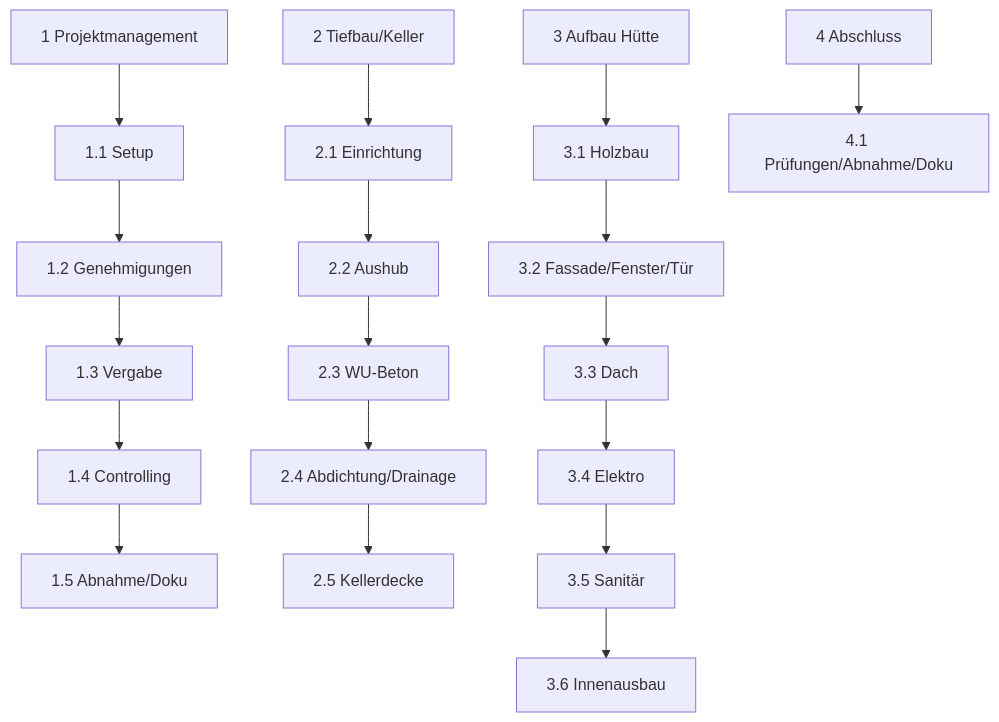
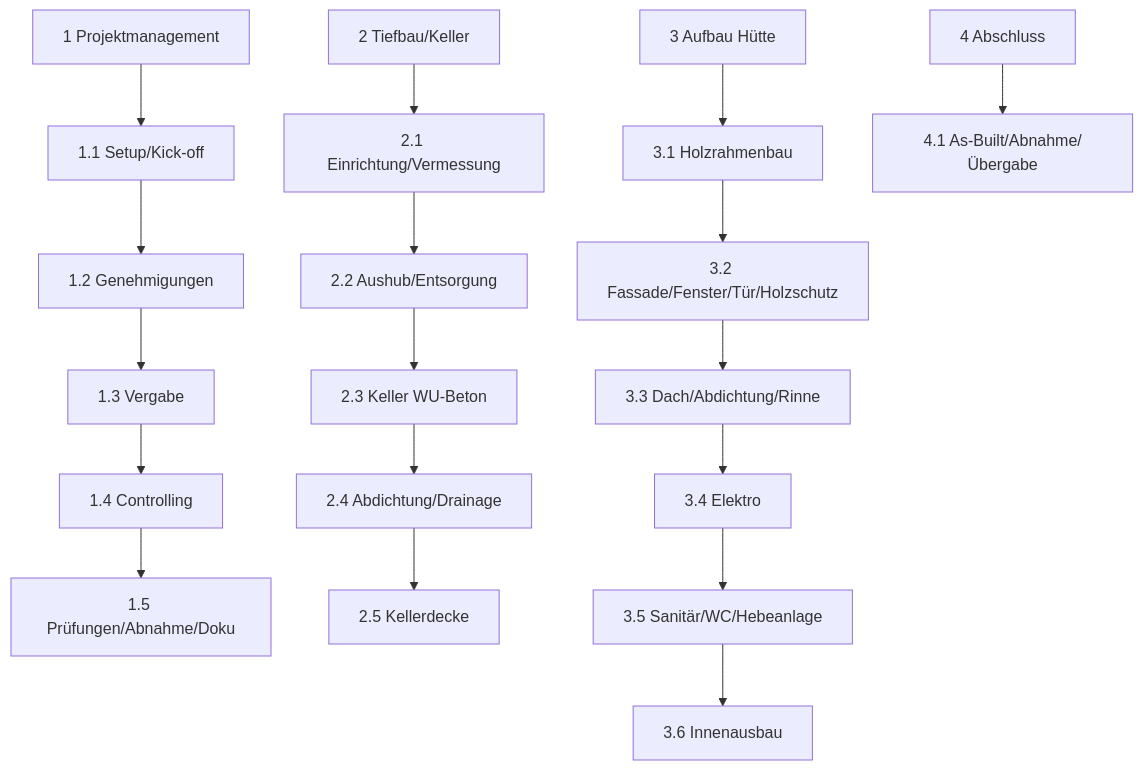
One commit to PatrickMagAnime/schulevault changed the third of 8 diagrams in Klassen 1-Matura/4.Klasse/ITP2/Projektleiterhandbuch.md. Above: the diagram before and after it, drawn with Mermaid. The commit also changed other lines of this file, not shown here.

````diff
--- a/Klassen 1-Matura/4.Klasse/ITP2/Projektleiterhandbuch.md
+++ b/Klassen 1-Matura/4.Klasse/ITP2/Projektleiterhandbuch.md
@@ -475,29 +530,32 @@
 ```mermaid
-%% WBS (vereinfacht)
 flowchart TD
   A[1 Projektmanagement]
-  A1[1.1 Setup]
+  A1[1.1 Setup/Kick-off]
   A2[1.2 Genehmigungen]
   A3[1.3 Vergabe]
   A4[1.4 Controlling]
-  A5[1.5 Abnahme/Doku]
+  A5[1.5 Prüfungen/Abnahme/Doku]
+
   B[2 Tiefbau/Keller]
-  B1[2.1 Einrichtung]
-  B2[2.2 Aushub]
-  B3[2.3 WU‑Beton]
+  B1[2.1 Einrichtung/Vermessung]
+  B2[2.2 Aushub/Entsorgung]
+  B3[2.3 Keller WU‑Beton]
   B4[2.4 Abdichtung/Drainage]
   B5[2.5 Kellerdecke]
+
   C[3 Aufbau Hütte]
-  C1[3.1 Holzbau]
-  C2[3.2 Fassade/Fenster/Tür]
-  C3[3.3 Dach]
+  C1[3.1 Holzrahmenbau]
+  C2[3.2 Fassade/Fenster/Tür/Holzschutz]
+  C3[3.3 Dach/Abdichtung/Rinne]
   C4[3.4 Elektro]
-  C5[3.5 Sanitär]
+  C5[3.5 Sanitär/WC/Hebeanlage]
   C6[3.6 Innenausbau]
+
   D[4 Abschluss]
-  D1[4.1 Prüfungen/Abnahme/Doku]
+  D1[4.1 As‑Built/Abnahme/Übergabe]
+
   A --> A1 --> A2 --> A3 --> A4 --> A5
   B --> B1 --> B2 --> B3 --> B4 --> B5
   C --> C1 --> C2 --> C3 --> C4 --> C5 --> C6
   D --> D1
 ```
````
